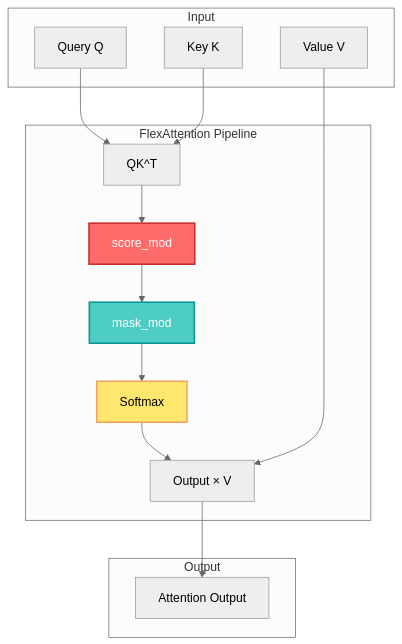
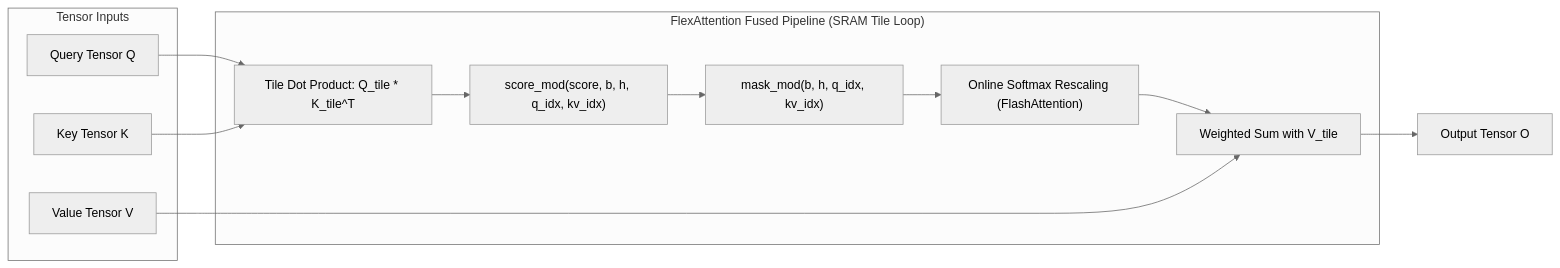
One commit to akillness/akillness.github.io changed the second of 5 diagrams in _posts/2025/11/2025-11-16-flexattention-flash-attention-cute-dsl-guide.md. Above: the diagram before and after it, drawn with Mermaid (neutral theme). The commit also changed other lines of this file and 1 other file, not shown here.

Commit message:
archive(dev): rebuild flexattention-flash-attention-cute-dsl-guide from 2025-11 note

````diff
--- a/_posts/2025/11/2025-11-16-flexattention-flash-attention-cute-dsl-guide.md
+++ b/_posts/2025/11/2025-11-16-flexattention-flash-attention-cute-dsl-guide.md
@@ -58,33 +56,18 @@
 ```mermaid
-graph TB
-    subgraph Input["Input"]
-        Q[Query Q]
-        K[Key K]
-        V[Value V]
+flowchart LR
+    subgraph Inputs["Tensor Inputs"]
+        Q["Query Tensor Q"]
+        K["Key Tensor K"]
+        V["Value Tensor V"]
     end
-    
-    subgraph FlexAttention["FlexAttention Pipeline"]
-        QK[QK^T]
-        SM[score_mod]
-        MM[mask_mod]
-        S[Softmax]
-        OV[Output × V]
+
+    subgraph FusedKernel["FlexAttention Fused Pipeline (SRAM Tile Loop)"]
+        Q & K --> Dot["Tile Dot Product: Q_tile * K_tile^T"]
+        Dot --> SMod["score_mod(score, b, h, q_idx, kv_idx)"]
+        SMod --> MMod["mask_mod(b, h, q_idx, kv_idx)"]
+        MMod --> Softmax["Online Softmax Rescaling (FlashAttention)"]
+        Softmax & V --> VMult["Weighted Sum with V_tile"]
     end
-    
-    subgraph Output["Output"]
-        OUT[Attention Output]
-    end
-    
-    Q --> QK
-    K --> QK
-    QK --> SM
-    SM --> MM
-    MM --> S
-    S --> OV
-    V --> OV
-    OV --> OUT
-    
-    style SM fill:#ff6b6b,stroke:#c92a2a,stroke-width:2px,color:#fff
-    style MM fill:#4ecdc4,stroke:#0a9396,stroke-width:2px,color:#fff
-    style S fill:#ffe66d,stroke:#f4a261,stroke-width:2px,color:#000
+
+    VMult --> Out["Output Tensor O"]
 ```
````
